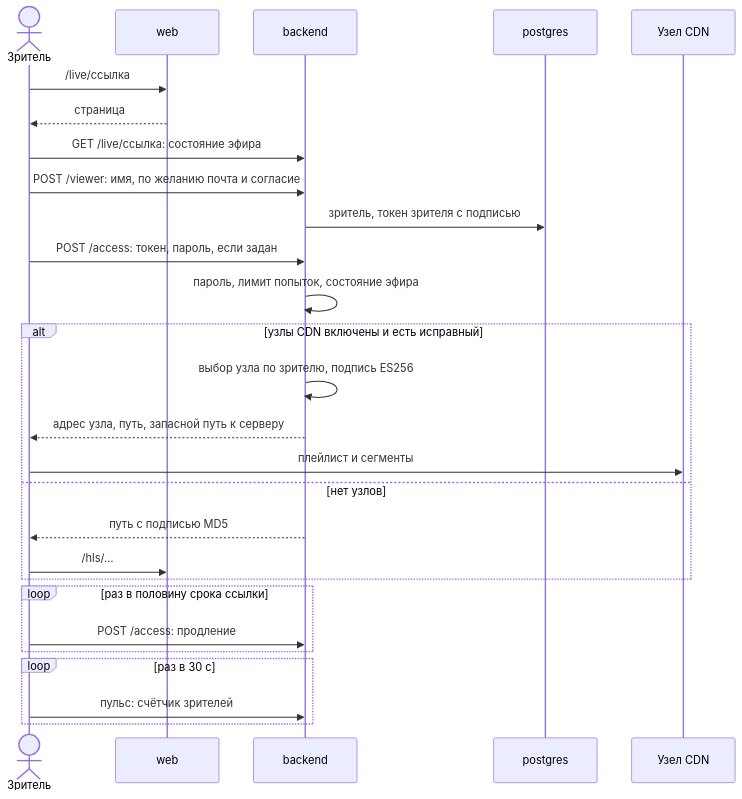
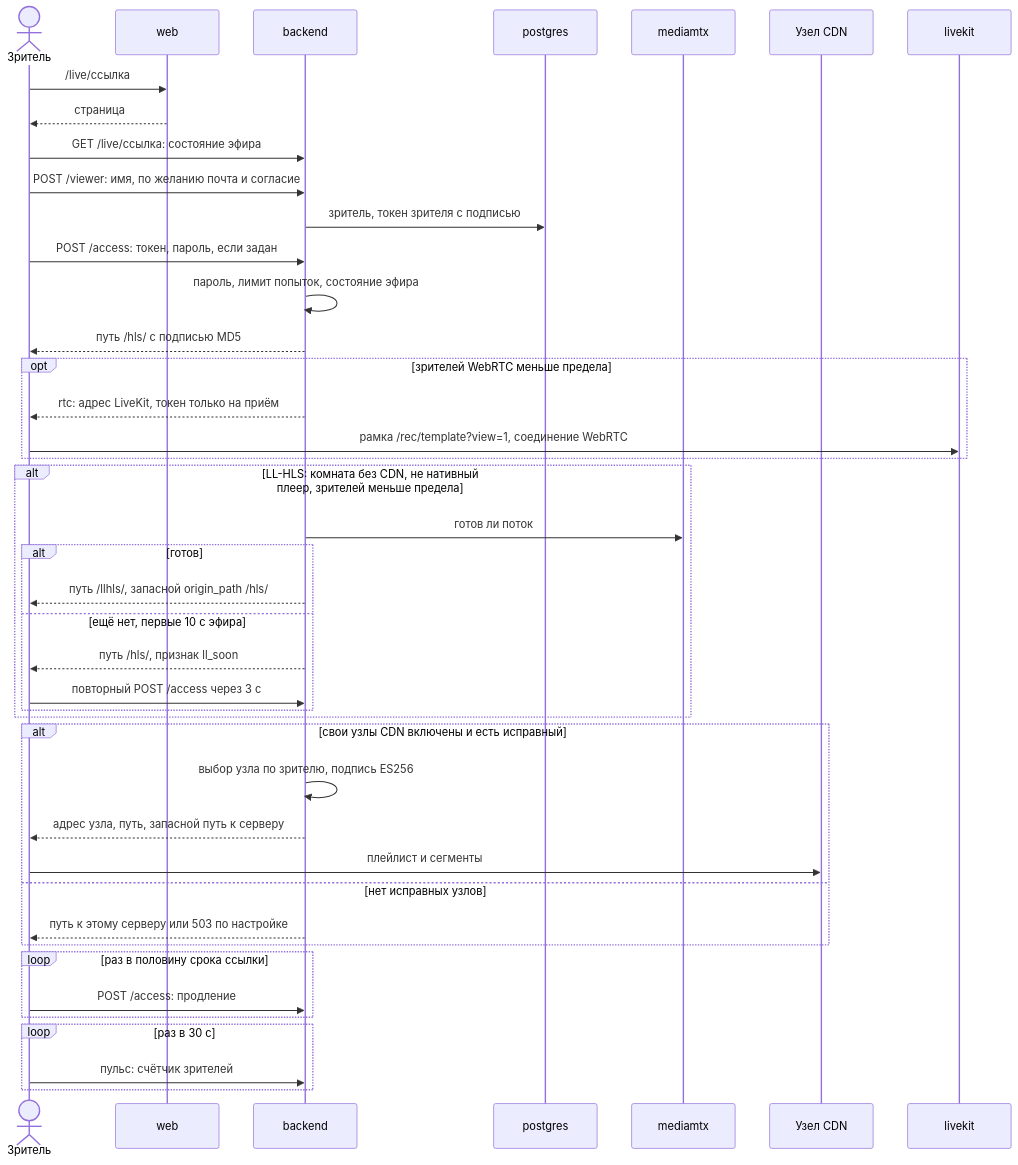
Before and after one commit to calleograph/peregovorka: the third of 7 diagrams in wiki/Архитектура-Последовательности-трансляций.md, drawn with Mermaid. The commit also changed other lines of this file and 322 other files, not shown here.

````diff
--- a/wiki/Архитектура-Последовательности-трансляций.md
+++ b/wiki/Архитектура-Последовательности-трансляций.md
@@ -36,29 +79,44 @@
 ```mermaid
 sequenceDiagram
   actor V as Зритель
   participant W as web
   participant B as backend
   participant DB as postgres
+  participant M as mediamtx
   participant N as Узел CDN
+  participant LK as livekit
   V->>W: /live/ссылка
   W-->>V: страница
   V->>B: GET /live/ссылка: состояние эфира
   V->>B: POST /viewer: имя, по желанию почта и согласие
   B->>DB: зритель, токен зрителя с подписью
   V->>B: POST /access: токен, пароль, если задан
   B->>B: пароль, лимит попыток, состояние эфира
-  alt узлы CDN включены и есть исправный
+  B-->>V: путь /hls/ с подписью MD5
+  opt зрителей WebRTC меньше предела
+    B-->>V: rtc: адрес LiveKit, токен только на приём
+    V->>LK: рамка /rec/template?view=1, соединение WebRTC
+  end
+  alt LL-HLS: комната без CDN, не нативный плеер, зрителей меньше предела
+    B->>M: готов ли поток
+    alt готов
+      B-->>V: путь /llhls/, запасной origin_path /hls/
+    else ещё нет, первые 10 с эфира
+      B-->>V: путь /hls/, признак ll_soon
+      V->>B: повторный POST /access через 3 с
+    end
+  end
+  alt свои узлы CDN включены и есть исправный
     B->>B: выбор узла по зрителю, подпись ES256
     B-->>V: адрес узла, путь, запасной путь к серверу
     V->>N: плейлист и сегменты
-  else нет узлов
-    B-->>V: путь с подписью MD5
-    V->>W: /hls/…
+  else нет исправных узлов
+    B-->>V: путь к этому серверу или 503 по настройке
   end
   loop раз в половину срока ссылки
     V->>B: POST /access: продление
   end
   loop раз в 30 с
     V->>B: пульс: счётчик зрителей
   end
 ```
````
